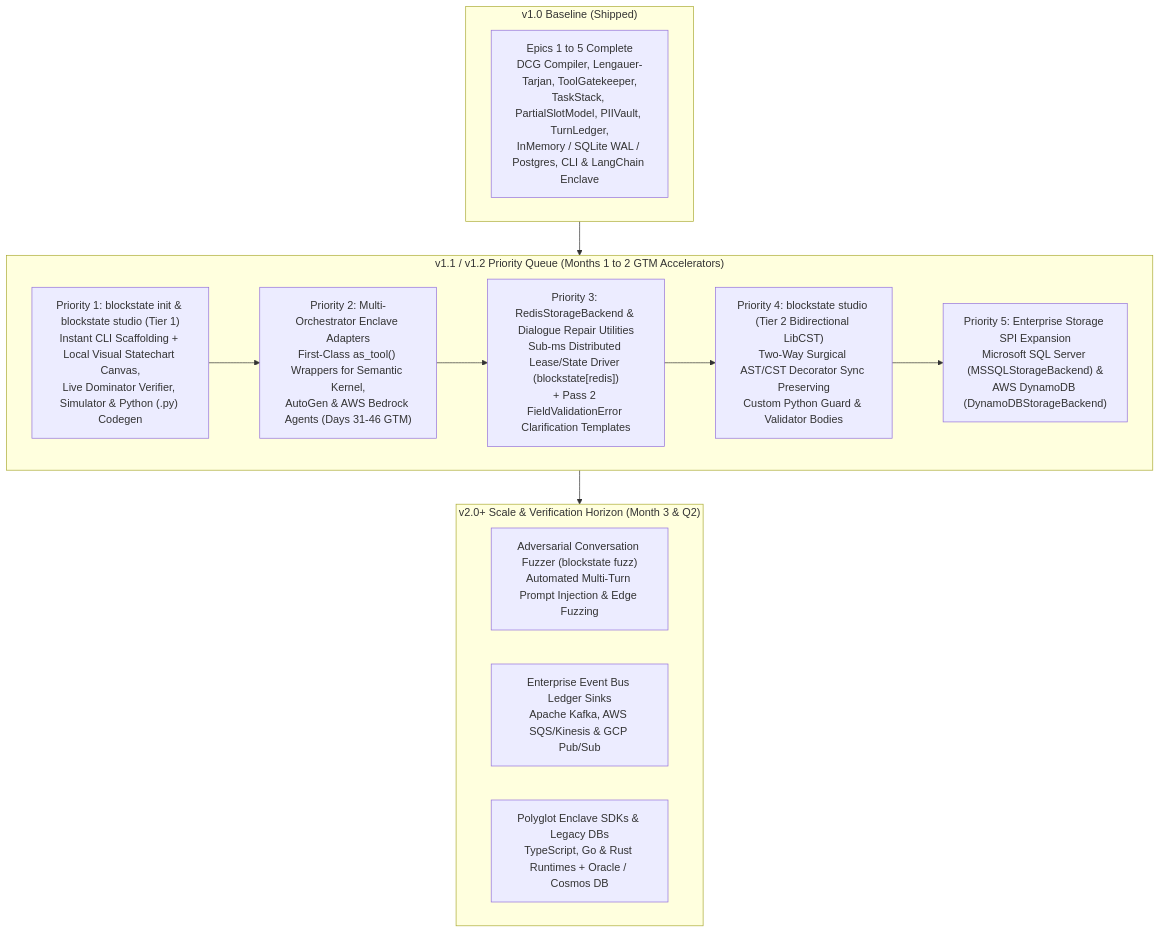
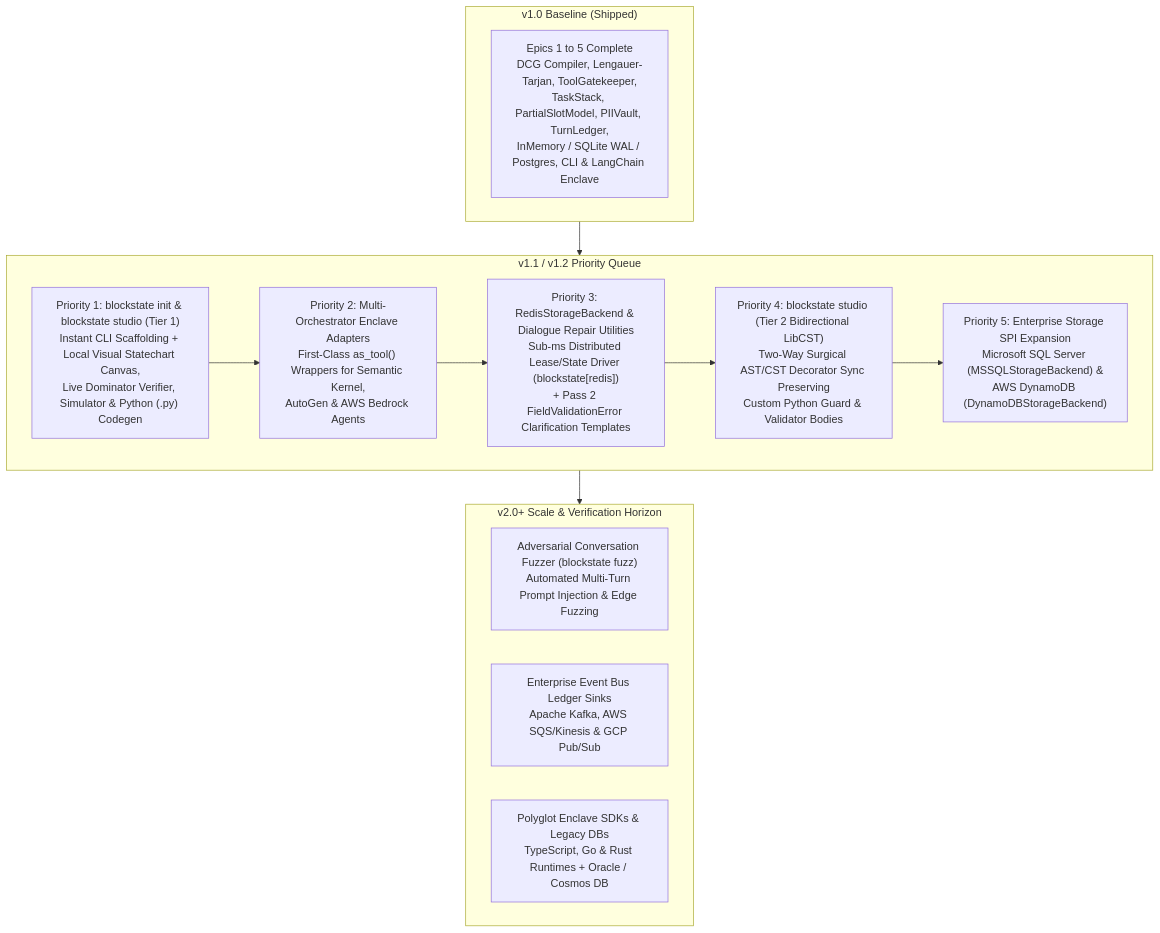
Before and after one commit to s0ck3t/blockstate: the diagram in docs/ROADMAP.md, drawn with Mermaid. The commit also changed other lines of this file and 24 other files, not shown here.

````diff
--- a/docs/ROADMAP.md
+++ b/docs/ROADMAP.md
@@ -18,23 +17,23 @@
 ```mermaid
 flowchart TD
     subgraph Done["v1.0 Baseline (Shipped)"]
         V10["Epics 1 to 5 Complete<br/>DCG Compiler, Lengauer-Tarjan, ToolGatekeeper,<br/>TaskStack, PartialSlotModel, PIIVault, TurnLedger,<br/>InMemory / SQLite WAL / Postgres, CLI &amp; LangChain Enclave"]
     end
 
-    subgraph Next["v1.1 / v1.2 Priority Queue (Months 1 to 2 GTM Accelerators)"]
+    subgraph Next["v1.1 / v1.2 Priority Queue"]
         P1["Priority 1: blockstate init &amp; blockstate studio (Tier 1)<br/>Instant CLI Scaffolding + Local Visual Statechart Canvas,<br/>Live Dominator Verifier, Simulator &amp; Python (.py) Codegen"]
-        P2["Priority 2: Multi-Orchestrator Enclave Adapters<br/>First-Class as_tool() Wrappers for Semantic Kernel,<br/>AutoGen &amp; AWS Bedrock Agents (Days 31-46 GTM)"]
+        P2["Priority 2: Multi-Orchestrator Enclave Adapters<br/>First-Class as_tool() Wrappers for Semantic Kernel,<br/>AutoGen &amp; AWS Bedrock Agents"]
         P3["Priority 3: RedisStorageBackend &amp; Dialogue Repair Utilities<br/>Sub-ms Distributed Lease/State Driver (blockstate[redis])<br/>+ Pass 2 FieldValidationError Clarification Templates"]
         P4["Priority 4: blockstate studio (Tier 2 Bidirectional LibCST)<br/>Two-Way Surgical AST/CST Decorator Sync Preserving<br/>Custom Python Guard &amp; Validator Bodies"]
         P5["Priority 5: Enterprise Storage SPI Expansion<br/>Microsoft SQL Server (MSSQLStorageBackend) &amp;<br/>AWS DynamoDB (DynamoDBStorageBackend)"]
         P1 --> P2 --> P3 --> P4 --> P5
     end
 
-    subgraph V2["v2.0+ Scale & Verification Horizon (Month 3 & Q2)"]
+    subgraph V2["v2.0+ Scale & Verification Horizon"]
         V2A["Adversarial Conversation Fuzzer (blockstate fuzz)<br/>Automated Multi-Turn Prompt Injection &amp; Edge Fuzzing"]
         V2B["Enterprise Event Bus Ledger Sinks<br/>Apache Kafka, AWS SQS/Kinesis &amp; GCP Pub/Sub"]
         V2C["Polyglot Enclave SDKs &amp; Legacy DBs<br/>TypeScript, Go &amp; Rust Runtimes + Oracle / Cosmos DB"]
     end
 
     Done --> Next --> V2
 ```
````
